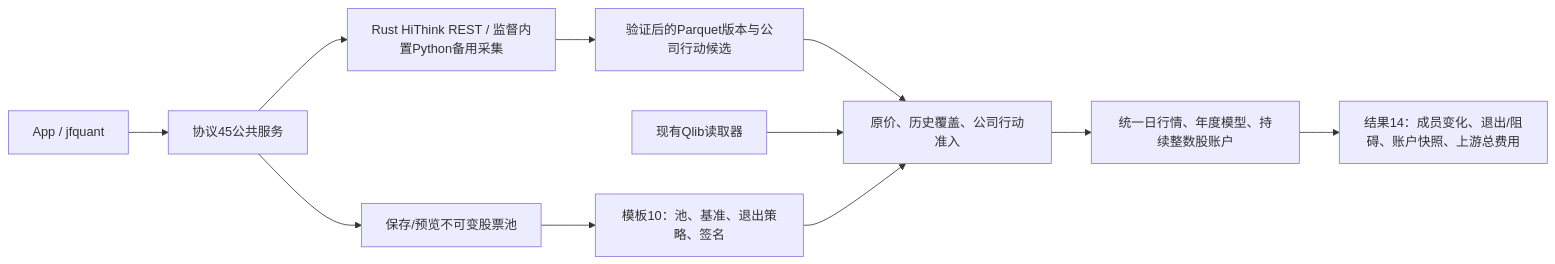
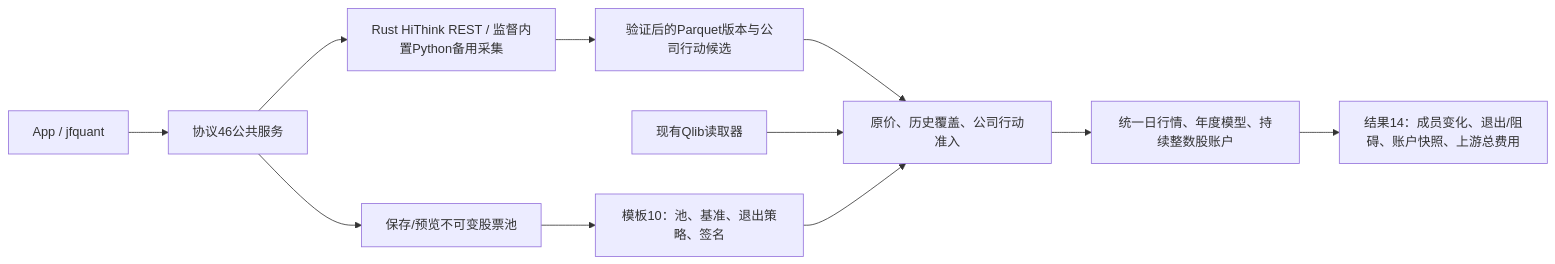
One commit to Dennishaha/JFQuant changed the second of 6 diagrams in crates/app/src/README.md. Above: the diagram before and after it, drawn with Mermaid. The commit also changed other lines of this file and 58 other files, not shown here.

````diff
--- a/crates/app/src/README.md
+++ b/crates/app/src/README.md
@@ -75,13 +75,13 @@
 ```mermaid
 flowchart LR
-  CLIENT["App / jfquant"] --> SERVICE["协议45公共服务"]
+  CLIENT["App / jfquant"] --> SERVICE["协议46公共服务"]
   SERVICE --> POOL["保存/预览不可变股票池"]
   SERVICE --> COLLECT["Rust HiThink REST / 监督内置Python备用采集"]
   COLLECT --> SNAPSHOT["验证后的Parquet版本与公司行动候选"]
   POOL --> FREEZE["模板10：池、基准、退出策略、签名"]
   SNAPSHOT --> READY["原价、历史覆盖、公司行动准入"]
   QLIB["现有Qlib读取器"] --> READY
   FREEZE --> READY
   READY --> RESEARCH["统一日行情、年度模型、持续整数股账户"]
   RESEARCH --> RESULT["结果14：成员变化、退出/阻碍、账户快照、上游总费用"]
 ```
````
